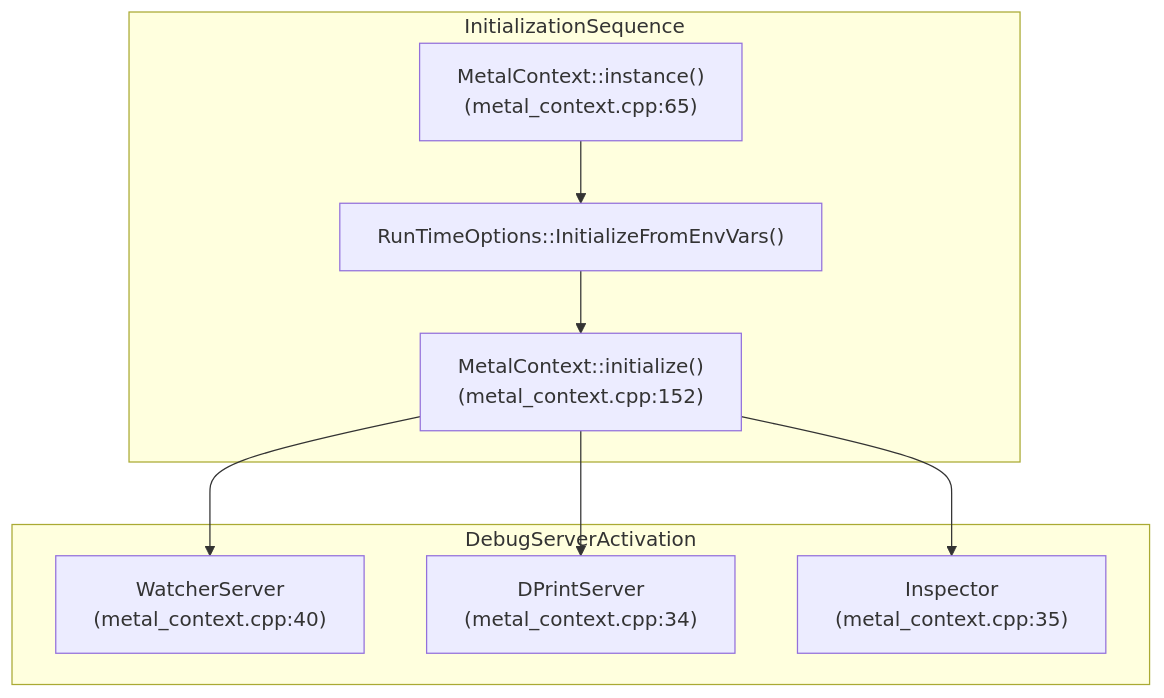
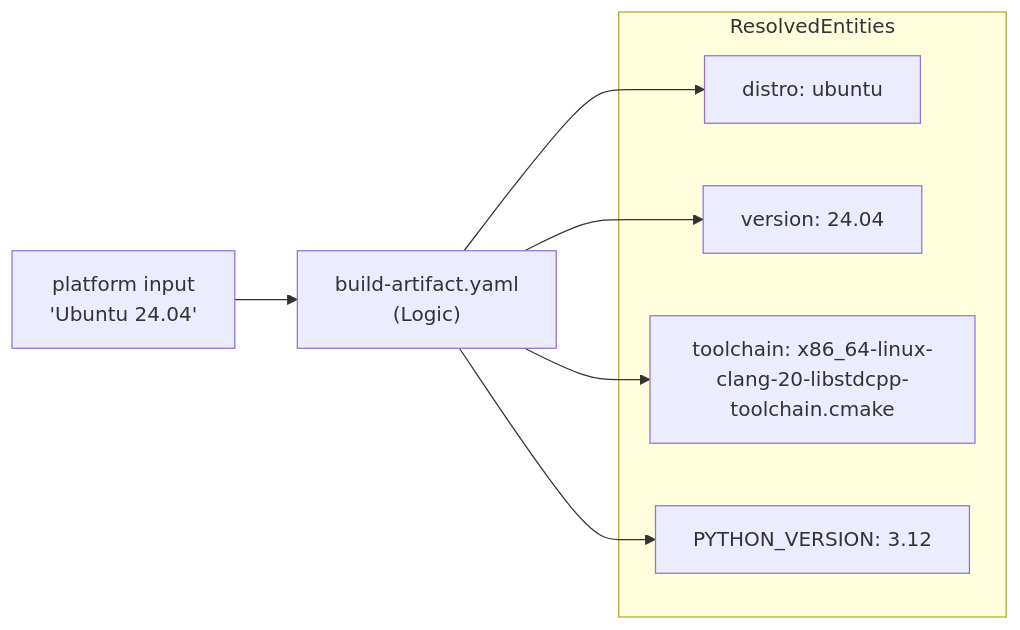
Before and after one commit to HuangJunjie-PhD/TT-Metal-Analysis: diagram 11 of 11 in docs/tt-metal/10-glossary.md, drawn with Mermaid. The commit also changed other lines of this file and 331 other files, not shown here.

First line of the commit message:
Precise diagram placement: 0 orphan diagrams remaining

````diff
--- a/docs/tt-metal/10-glossary.md
+++ b/docs/tt-metal/10-glossary.md
@@ -820,20 +503,18 @@
 ```mermaid
-graph TB
-    subgraph "InitializationSequence"
-        S1["MetalContext::instance()<br/>(metal_context.cpp:65)"]
-        S2["RunTimeOptions::InitializeFromEnvVars()"]
-        S3["MetalContext::initialize()<br/>(metal_context.cpp:152)"]
+graph LR
+    Input["platform input<br/>'Ubuntu 24.04'"]
+    Workflow["build-artifact.yaml<br/>(Logic)"]
+    
+    subgraph "ResolvedEntities"
+        Distro["distro: ubuntu"]
+        Version["version: 24.04"]
+        Toolchain["toolchain: x86_64-linux-clang-20-libstdcpp-toolchain.cmake"]
+        PyVer["PYTHON_VERSION: 3.12"]
     end
-
-    subgraph "DebugServerActivation"
-        D1["WatcherServer<br/>(metal_context.cpp:40)"]
-        D2["DPrintServer<br/>(metal_context.cpp:34)"]
-        D3["Inspector<br/>(metal_context.cpp:35)"]
-    end
-
-    S1 --> S2
-    S2 --> S3
-    S3 --> D1
-    S3 --> D2
-    S3 --> D3
+    
+    Input --> Workflow
+    Workflow --> Distro
+    Workflow --> Version
+    Workflow --> Toolchain
+    Workflow --> PyVer
 ```
````
